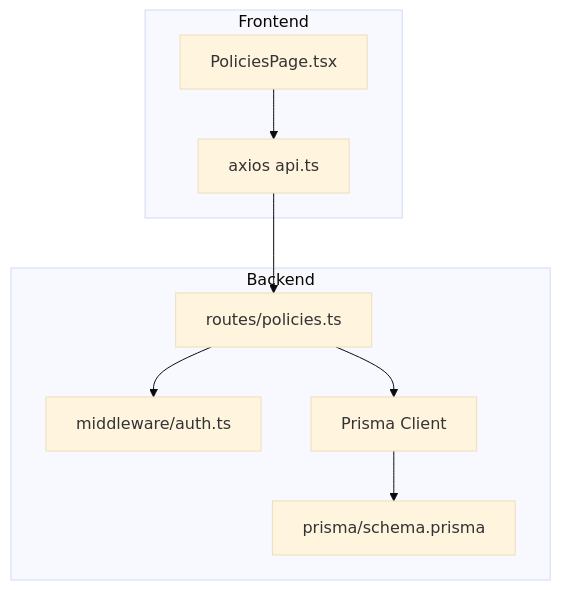
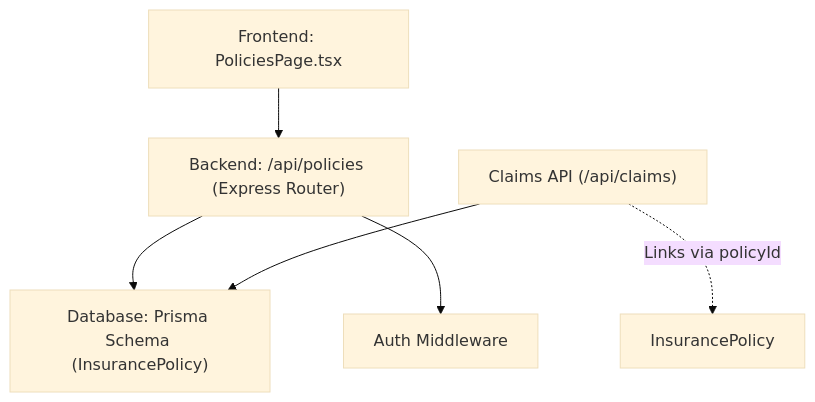
The first of 5 diagrams in .qoder/repowiki/en/content/API Reference/Policies API.md (NaveenHiranya/Smart-Vehicle-Insurance-Claim-System), drawn with Mermaid (base theme) before and after one commit. The commit also changed other lines of this file and 183 other files, not shown here.

````diff
--- a/.qoder/repowiki/en/content/API Reference/Policies API.md
+++ b/.qoder/repowiki/en/content/API Reference/Policies API.md
@@ -31,18 +31,8 @@
 ```mermaid
 graph TB
-subgraph "Frontend"
-FE_Policies["PoliciesPage.tsx"]
-FE_API["axios api.ts"]
-end
-subgraph "Backend"
-Routes["routes/policies.ts"]
-AuthMW["middleware/auth.ts"]
-DB["Prisma Client"]
-Schema["prisma/schema.prisma"]
-end
-FE_Policies --> FE_API
-FE_API --> Routes
-Routes --> AuthMW
-Routes --> DB
-DB --> Schema
+FE["Frontend: PoliciesPage.tsx"] --> API["Backend: /api/policies (Express Router)"]
+API --> DB["Database: Prisma Schema (InsurancePolicy)"]
+API --> AUTH["Auth Middleware"]
+CLAIMS["Claims API (/api/claims)"] --> DB
+CLAIMS -.->|Links via policyId| POLICY["InsurancePolicy"]
 ```
````
